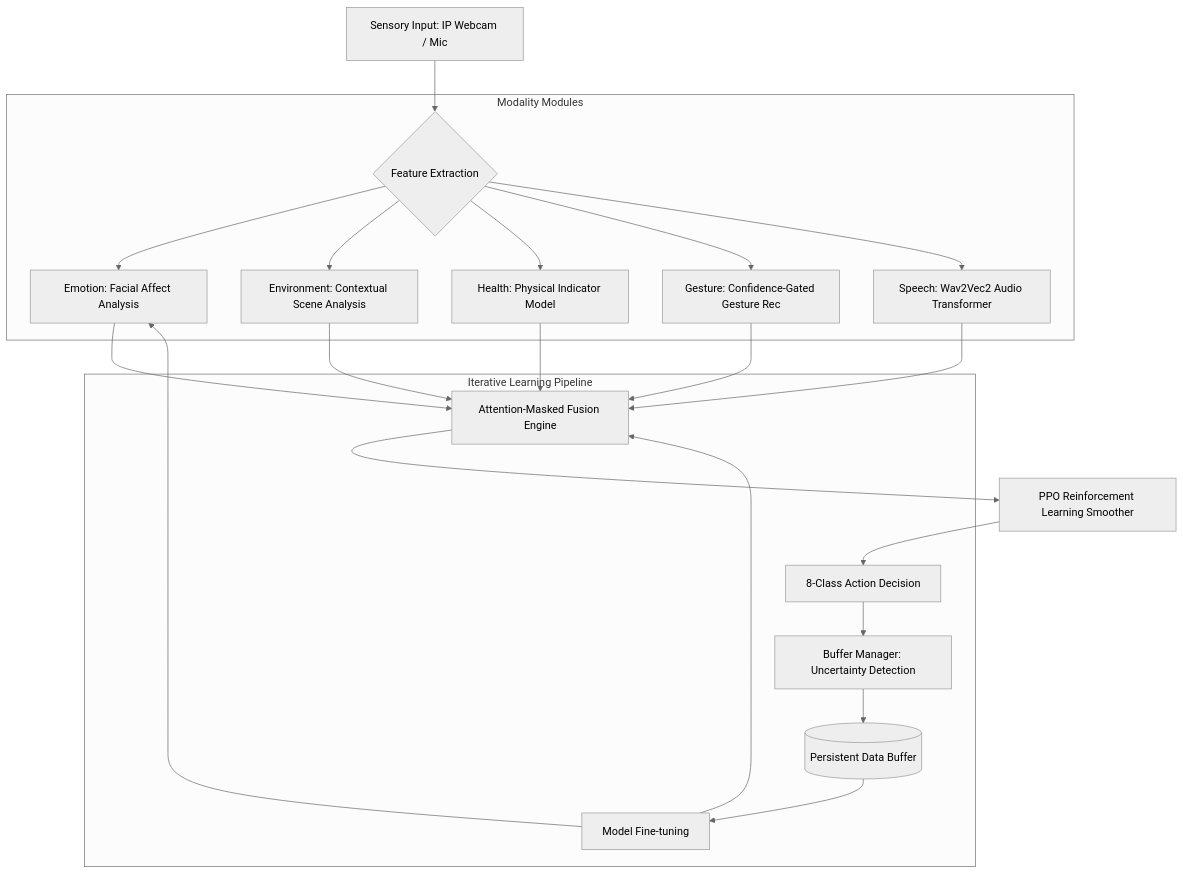
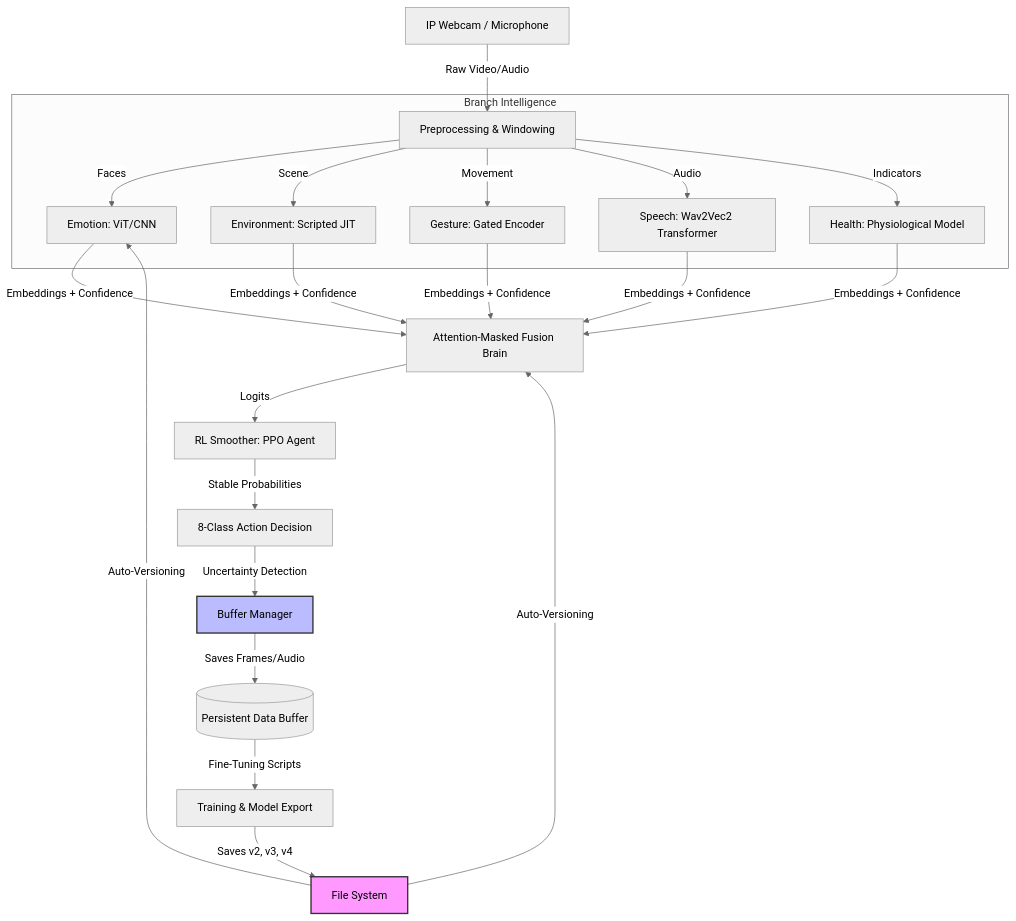
The diagram in README.md (2023priyanshubhargav-cpu/dl-project), drawn with Mermaid (neutral theme) before and after one commit. The commit also changed other lines of this file, not shown here.

````diff
--- a/README.md
+++ b/README.md
@@ -15,23 +13,31 @@
 ```mermaid
 graph TD
-    A[Sensory Input: IP Webcam / Mic] --> B{Feature Extraction}
+    %% Input Layer
+    Sensors[IP Webcam / Microphone] -->|Raw Video/Audio| Pre[Preprocessing & Windowing]
     
-    subgraph "Modality Modules"
-        B --> B1[Emotion: Facial Affect Analysis]
-        B --> B2[Environment: Contextual Scene Analysis]
-        B --> B3[Health: Physical Indicator Model]
-        B --> B4[Gesture: Confidence-Gated Gesture Rec]
-        B --> B5[Speech: Wav2Vec2 Audio Transformer]
+    %% Branch Layers
+    subgraph "Branch Intelligence"
+        Pre -->|Faces| EMO[Emotion: ViT/CNN]
+        Pre -->|Scene| ENV[Environment: Scripted JIT]
+        Pre -->|Movement| GES[Gesture: Gated Encoder]
+        Pre -->|Audio| SPE[Speech: Wav2Vec2 Transformer]
+        Pre -->|Indicators| HEA[Health: Physiological Model]
     end
     
-    B1 & B2 & B3 & B4 & B5 --> C[Attention-Masked Fusion Engine]
-    C --> D[PPO Reinforcement Learning Smoother]
-    D --> E[8-Class Action Decision]
+    %% Fusion Layer
+    EMO & ENV & GES & SPE & HEA -->|Embeddings + Confidence| FUS[Attention-Masked Fusion Brain]
     
-    subgraph "Iterative Learning Pipeline"
-        E --> F[Buffer Manager: Uncertainty Detection]
-        F --> G[(Persistent Data Buffer)]
-        G --> H[Model Fine-tuning]
-        H --> B1 & C
-    end
+    %% Stabilization Layer
+    FUS -->|Logits| RL[RL Smoother: PPO Agent]
+    RL -->|Stable Probabilities| DEC[8-Class Action Decision]
+    
+    %% Iterative Learning Loop (The Heart of the System)
+    DEC -->|Uncertainty Detection| BM[Buffer Manager]
+    BM -->|Saves Frames/Audio| DB[(Persistent Data Buffer)]
+    DB -->|Fine-Tuning Scripts| TRAIN[Training & Model Export]
+    TRAIN -->|Saves v2, v3, v4| FS[File System]
+    FS -->|Auto-Versioning| EMO & FUS
+    
+    style FS fill:#f9f,stroke:#333,stroke-width:2px
+    style BM fill:#bbf,stroke:#333,stroke-width:2px
 ```
````
